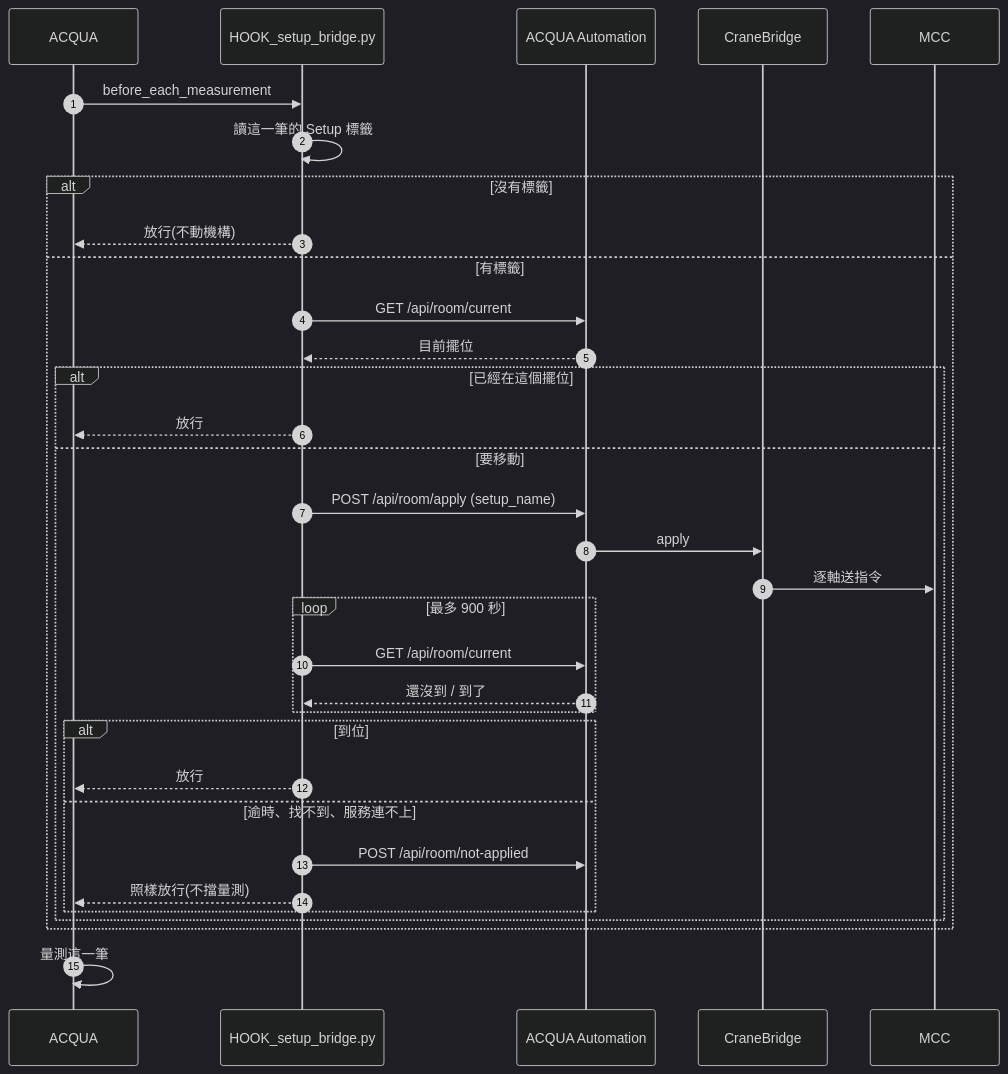
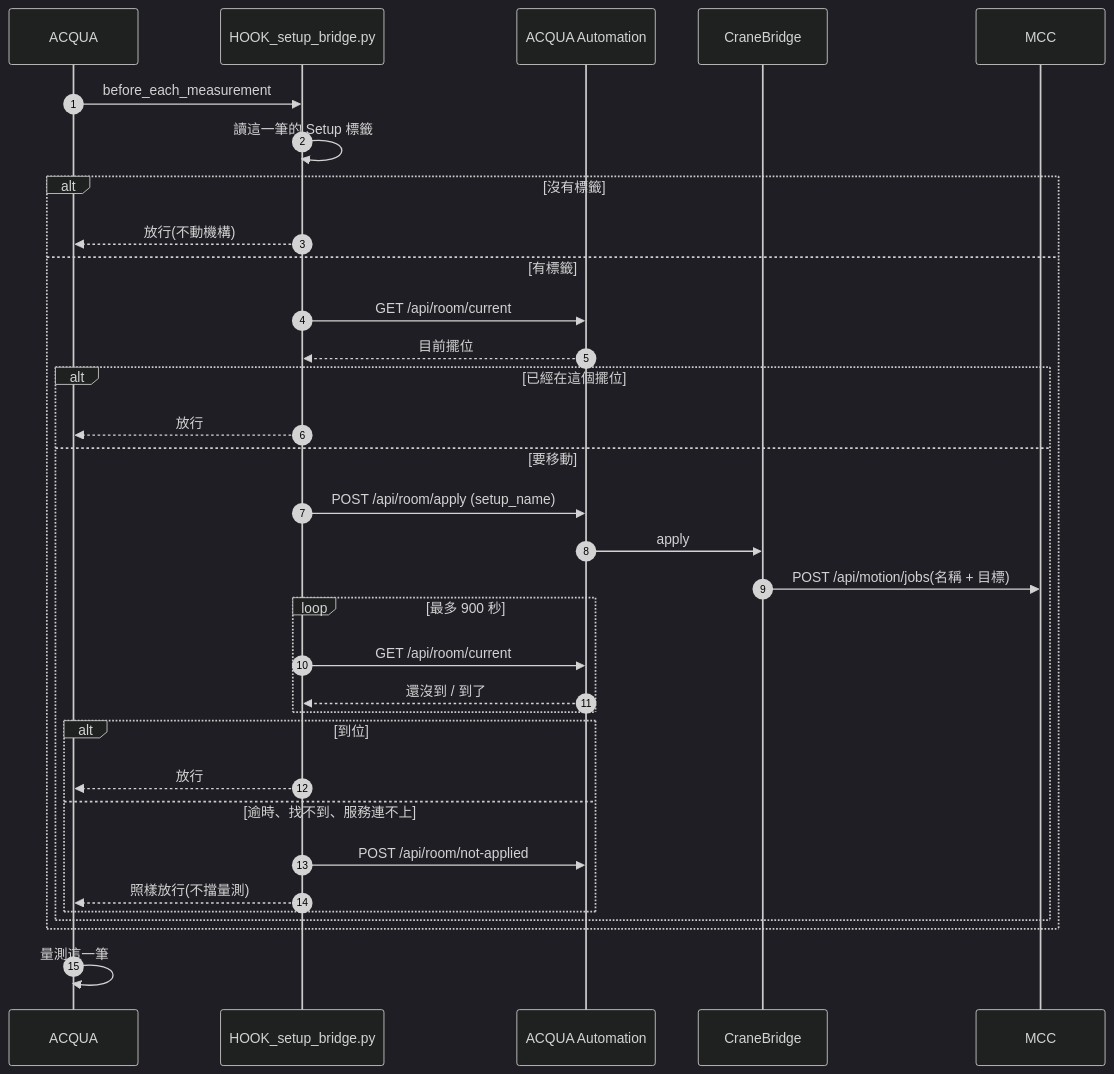
Before and after one commit to frank931023/ACQUA-Automation: the diagram in docs/diagrams/05_seq_hook.mmd, drawn with Mermaid (dark theme). The commit also changed 56 other files, not shown here.

First line of the commit message:
feat: Implement MCC Motion API and add fake MCC for testing

```diff
--- a/docs/diagrams/05_seq_hook.mmd
+++ b/docs/diagrams/05_seq_hook.mmd
@@ -1,35 +1,35 @@
 %% 直接在 ACQUA 按開始:由掛鉤請服務移動
 sequenceDiagram
     autonumber
     participant Q as ACQUA
     participant K as HOOK_setup_bridge.py
     participant A as ACQUA Automation
     participant H as CraneBridge
     participant M as MCC
 
     Q->>K: before_each_measurement
     K->>K: 讀這一筆的 Setup 標籤
     alt 沒有標籤
         K-->>Q: 放行(不動機構)
     else 有標籤
         K->>A: GET /api/room/current
         A-->>K: 目前擺位
         alt 已經在這個擺位
             K-->>Q: 放行
         else 要移動
             K->>A: POST /api/room/apply (setup_name)
             A->>H: apply
-            H->>M: 逐軸送指令
+            H->>M: POST /api/motion/jobs(名稱 + 目標)
             loop 最多 900 秒
                 K->>A: GET /api/room/current
                 A-->>K: 還沒到 / 到了
             end
             alt 到位
                 K-->>Q: 放行
             else 逾時、找不到、服務連不上
                 K->>A: POST /api/room/not-applied
                 K-->>Q: 照樣放行(不擋量測)
             end
         end
     end
     Q->>Q: 量測這一筆
```
